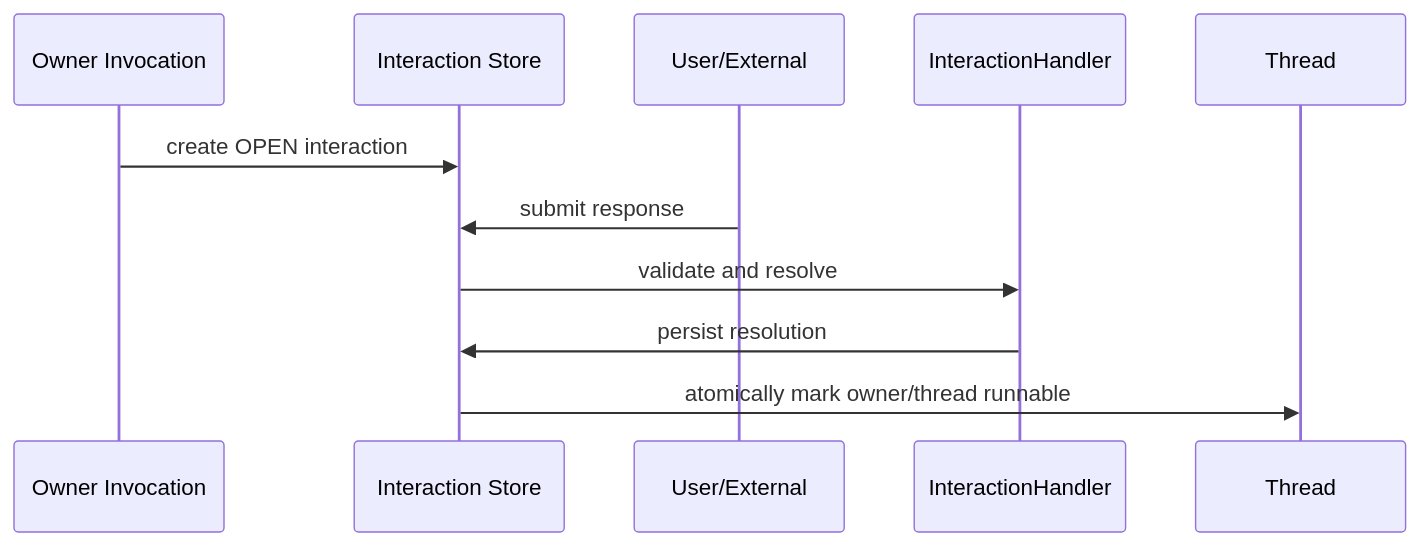
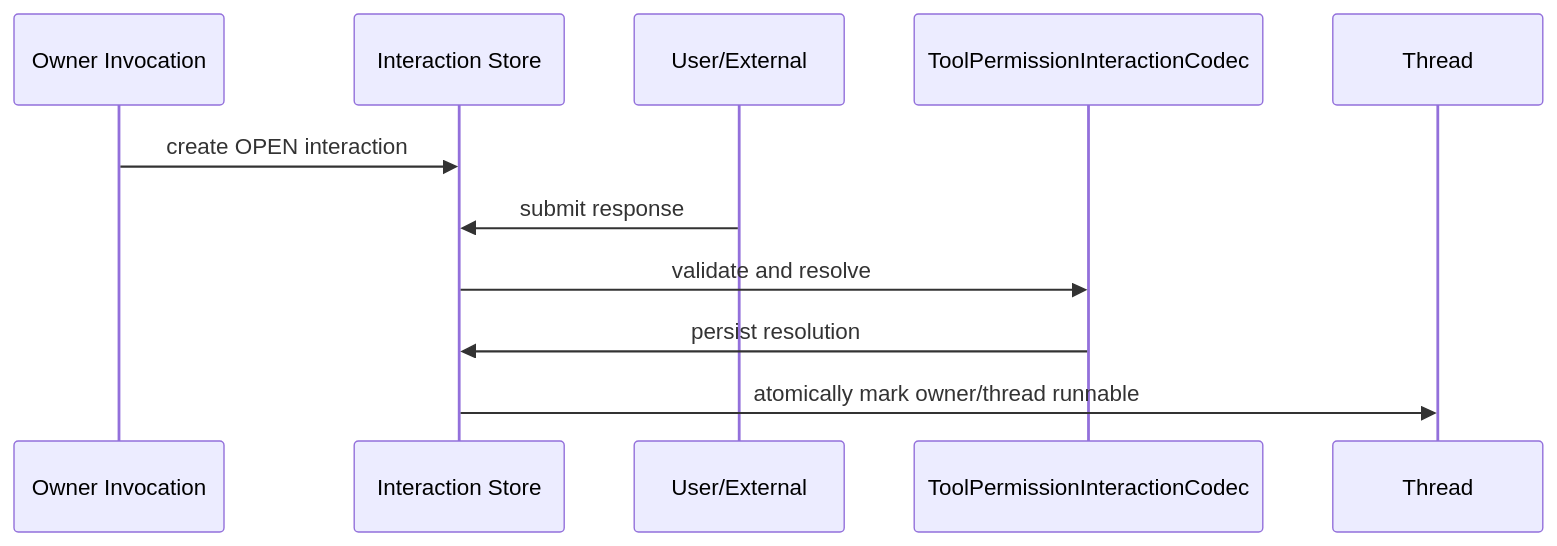
Before and after one commit to fengwk/kk-studio: the fourth of 4 diagrams in docs/technical-solution/harness-runtime-architecture.md, drawn with Mermaid. The commit also changed other lines of this file and 51 other files, not shown here.

Commit message:
refactor(harness): specialize interactions for tool permission

````diff
--- a/docs/technical-solution/harness-runtime-architecture.md
+++ b/docs/technical-solution/harness-runtime-architecture.md
@@ -283,14 +283,14 @@
 ```mermaid
 sequenceDiagram
     participant O as Owner Invocation
     participant I as Interaction Store
     participant U as User/External
-    participant H as InteractionHandler
+    participant H as ToolPermissionInteractionCodec
     participant T as Thread
 
     O->>I: create OPEN interaction
     U->>I: submit response
     I->>H: validate and resolve
     H->>I: persist resolution
     I->>T: atomically mark owner/thread runnable
 ```
````
